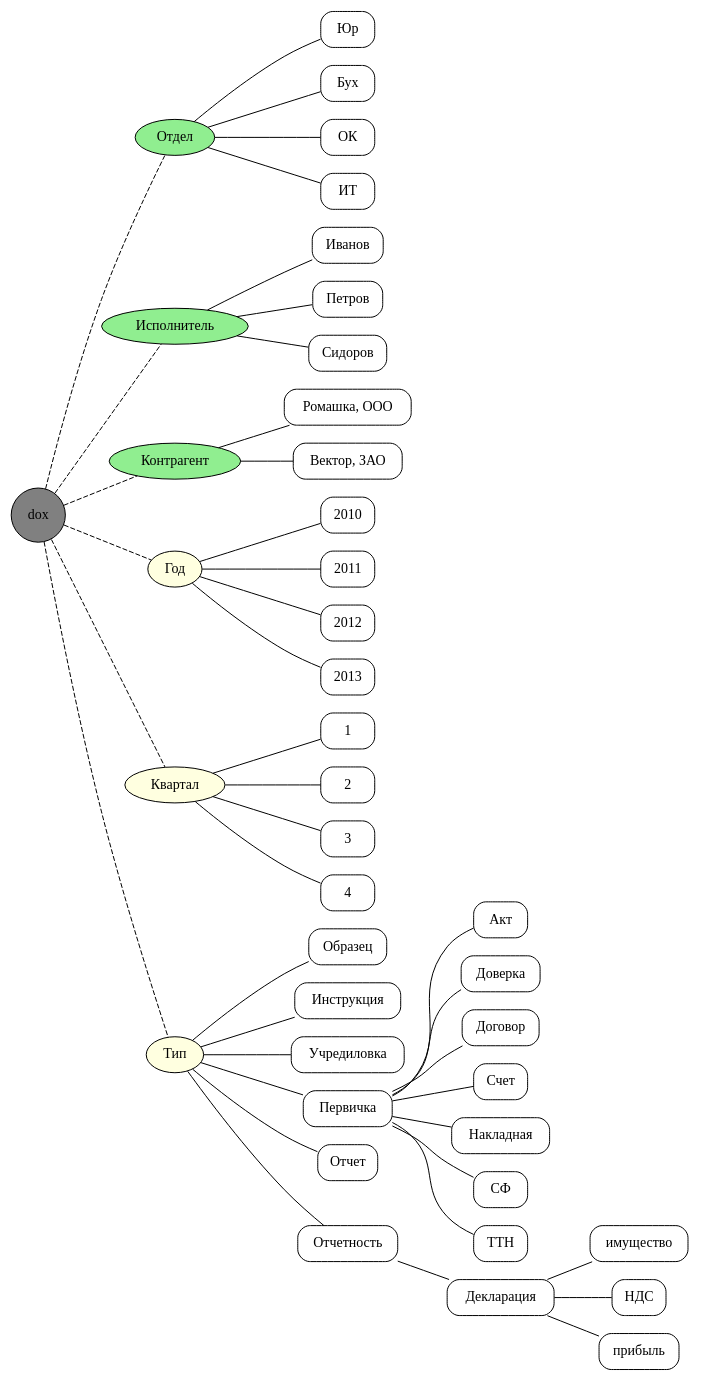
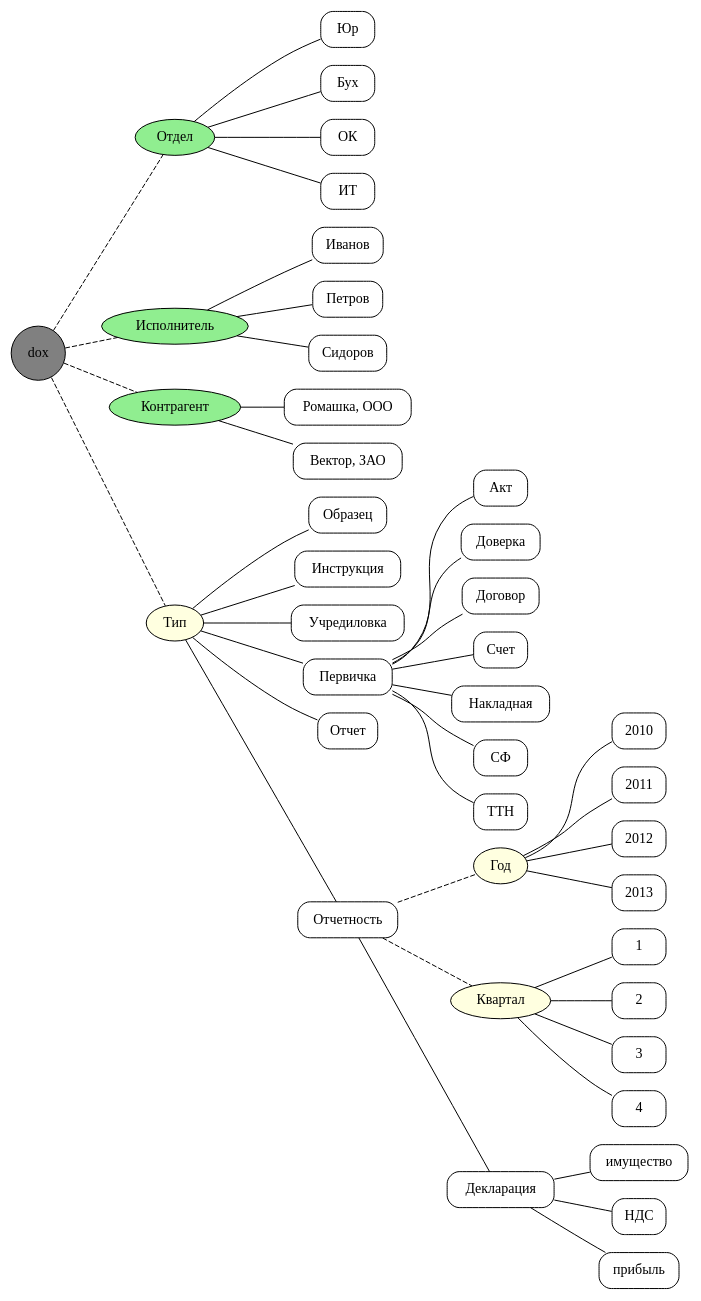
Before and after one commit to tieugene/dasarchive: the diagram in _contrib_/dox.dot, drawn with Graphviz. The commit also changed 4 other files, not shown here.

```diff
--- a/_contrib_/dox.dot
+++ b/_contrib_/dox.dot
@@ -1,83 +1,85 @@
+/* neato -Tsvg -o dox.svg dox.dot */
 graph DasArchive {
   overlap="false";
   rankdir="LR";
   root="n0";
   /* defaults */
   {
     node  	[shape="circle", style="filled", fillcolor="grey"];
     n0		[label="dox"];
   }
-  /* AttrGroup */
+  /* Facet */
   {
     node  	[shape="ellipse", style="filled"];
-    /* AttrGroup.Mselect */
+    /* Facet.Mselect */
     {
       node  	[fillcolor="lightgreen"];
       depart	[label="Отдел"];
       doer	[label="Исполнитель"];
       partner	[label="Контрагент"];
     }
-    /* AttrGroup.Sselect */
+    /* Facet.Sselect */
     {
       node  	[fillcolor="lightyellow"];
       year	[label="Год"];
       quarter	[label="Квартал"];
       doctype	[label="Тип"];
     }
   }
-  /* AttrItem */
+  /* Tag */
   {
     node  	[shape="rectangle", style="rounded, filled", fillcolor="white"];
     year2010	[label="2010"];
     year2011	[label="2011"];
     year2012	[label="2012"];
     year2013	[label="2013"];
     quarter1	[label="1"];
     quarter2	[label="2"];
     quarter3	[label="3"];
     quarter4	[label="4"];
     depart1	[label="Юр"];
     depart2	[label="Бух"];
     depart3	[label="ОК"];
     depart4	[label="ИТ"];
     doer1	[label="Иванов"];
     doer2	[label="Петров"];
     doer3	[label="Сидоров"];
     partner1	[label="Ромашка, ООО"];
     partner2	[label="Вектор, ЗАО"];
     doc1	[label="Образец"];
     doc2	[label="Инструкция"];
     doc3	[label="Учредиловка"];
     doc4	[label="Первичка"];
     doc5	[label="Отчет"];
     doc6	[label="Отчетность"];
     doc41	[label="Акт"];
     doc42	[label="Доверка"];
     doc43	[label="Договор"];
     doc44	[label="Счет"];
     doc45	[label="Накладная"];
     doc46	[label="СФ"];
     doc47	[label="ТТН"];
     doc61	[label="Декларация"];
     doc611	[label="имущество"];
     doc612	[label="НДС"];
     doc613	[label="прибыль"];
   }
   /* go */
-  /* 1. AttrGroup definitions */
+  /* 1. Facet definitions */
   year		-- { year2010; year2011; year2012; year2013; };
   quarter	-- { quarter1; quarter2; quarter3; quarter4; };
   depart	-- { depart1; depart2; depart3; depart4; };
   doer		-- { doer1; doer2; doer3; };
   partner	-- { partner1; partner2; };
   doctype	-- { doc1; doc2; doc3; doc4; doc5; doc6; };
-  /* 2. AttrItem's groups */
+  /* 2. Tag's groups */
   {
     edge	[style="dashed"];
-  n0		-- { doctype; depart; doer; partner; year; quarter; };
+  n0		-- { doctype; depart; doer; partner; };
+  doc6		-- { year; quarter; };
   }
-  /* 3. AttrItem Hierarchy */
+  /* 3. Tag Hierarchy */
   doc4		-- { doc41; doc42; doc43; doc44; doc45; doc46; doc47; };
   doc6		-- { doc61; };
   doc61		-- { doc611; doc612; doc613; };
 }
```
